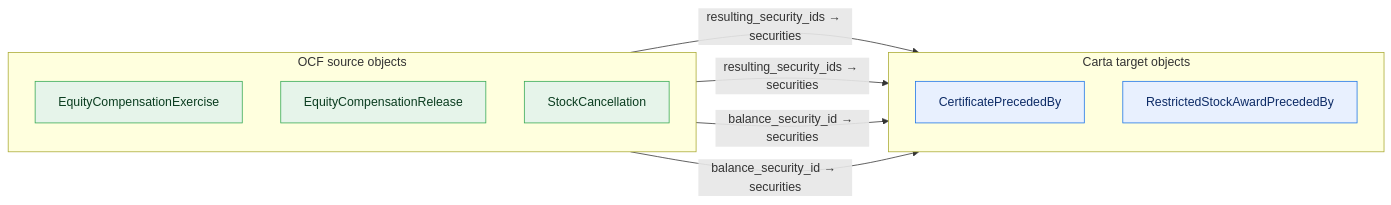
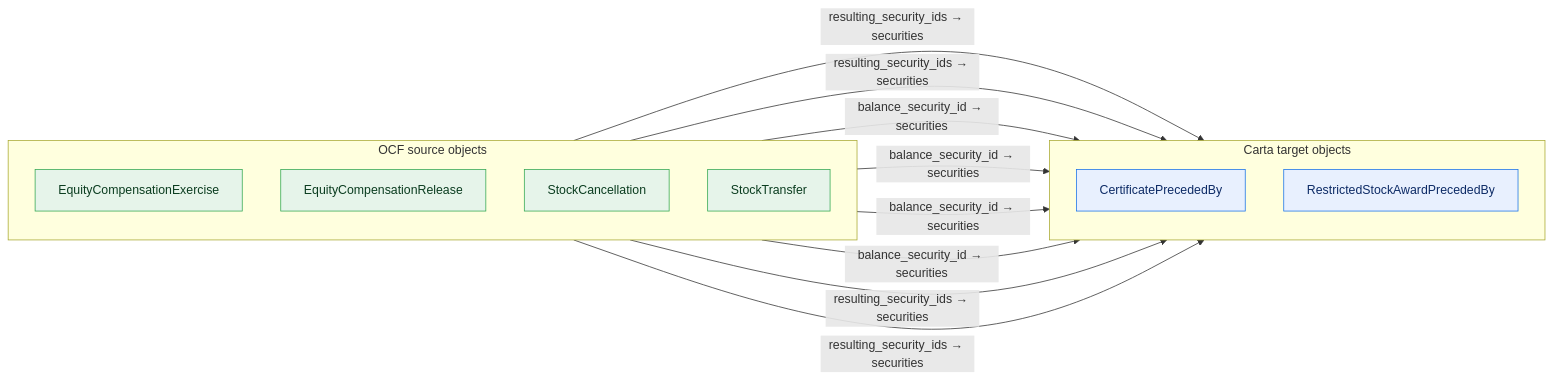
Before and after one commit to Open-Cap-Table-Coalition/OCF-Composed-Schemas: the first of 10 diagrams in core-rich/core-upstream.md, drawn with Mermaid. The commit also changed other lines of this file and 23 other files, not shown here.

First line of the commit message:
Add composite: mapping construct; StockTransfer enters Core

````diff
--- a/core-rich/core-upstream.md
+++ b/core-rich/core-upstream.md
@@ -18,22 +18,27 @@
 ```mermaid
 flowchart LR
   classDef adm fill:#e6f4ea,stroke:#34a853,color:#0b3d20;
   classDef notadm fill:#f1f3f4,stroke:#9aa0a6,color:#5f6368,stroke-dasharray:4 3;
   classDef carta fill:#e8f0fe,stroke:#1a73e8,color:#0d2b66;
   classDef sink fill:#fce8e6,stroke:#d93025,color:#5c0d06;
   subgraph SRC["OCF source objects"]
     direction TB
     o0["EquityCompensationExercise"]:::adm
     o1["EquityCompensationRelease"]:::adm
     o2["StockCancellation"]:::adm
+    o3["StockTransfer"]:::adm
   end
   subgraph TGT["Carta target objects"]
     direction TB
     t0["CertificatePrecededBy"]:::carta
     t1["RestrictedStockAwardPrecededBy"]:::carta
   end
   o0 -->|"resulting_security_ids → securities"| t0
   o1 -->|"resulting_security_ids → securities"| t0
   o2 -->|"balance_security_id → securities"| t1
   o2 -->|"balance_security_id → securities"| t0
+  o3 -->|"balance_security_id → securities"| t1
+  o3 -->|"balance_security_id → securities"| t0
+  o3 -->|"resulting_security_ids → securities"| t1
+  o3 -->|"resulting_security_ids → securities"| t0
 ```
````
